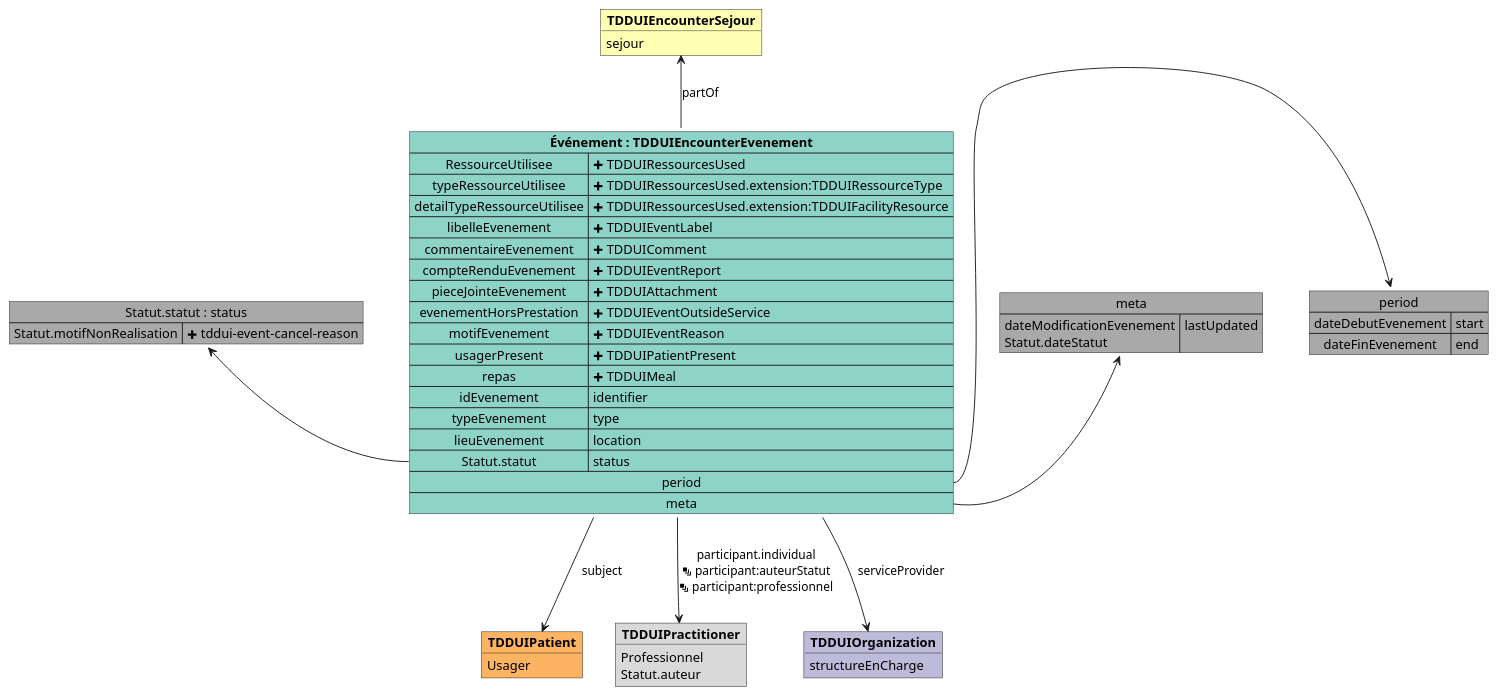
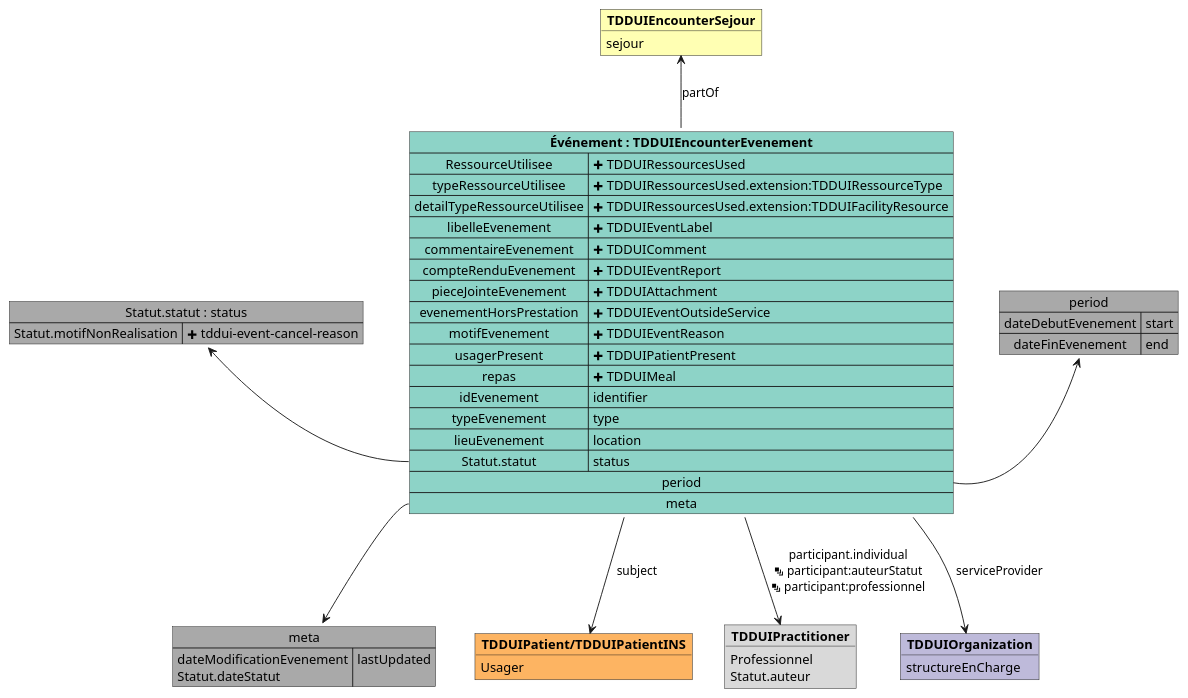
One commit to ansforge/IG-fhir-medicosocial-transfert-donnees-dui changed the diagram in input/images-source/mapping_TDDUIEncounterEvenement.plantuml. Above: the diagram before and after it, drawn with PlantUML. The commit also changed 74 other files, not shown here.

```diff
--- a/input/images-source/mapping_TDDUIEncounterEvenement.plantuml
+++ b/input/images-source/mapping_TDDUIEncounterEvenement.plantuml
@@ -1,60 +1,60 @@
 @startuml
 
 map "meta" as meta #DarkGray {
     dateModificationEvenement\nStatut.dateStatut => lastUpdated
 }
 
 map "Statut.statut : status" as Statutstatut #DarkGray {
     Statut.motifNonRealisation => <&plus> tddui-event-cancel-reason
 }
 
 map "period" as period #DarkGray {
     dateDebutEvenement => start
     dateFinEvenement => end
 }
 
-object "**TDDUIPatient**" as TDDUIPatient #fdb462 {
+object "**TDDUIPatient/TDDUIPatientINS**" as TDDUIPatient #fdb462 {
     Usager
 }
 
 object "**TDDUIPractitioner**" as TDDUIPractitioner #d9d9d9 {
     Professionnel
     Statut.auteur
 }
 
 object "**TDDUIOrganization**" as TDDUIOrganization #bebada {
     structureEnCharge
 }
 
 object "**TDDUIEncounterSejour**" as TDDUIEncounterSejour #ffffb3 {
     sejour
 }
 
 map "**Événement : TDDUIEncounterEvenement**" as Événement #8dd3c7 {
     RessourceUtilisee => <&plus> TDDUIRessourcesUsed
     typeRessourceUtilisee => <&plus> TDDUIRessourcesUsed.extension:TDDUIRessourceType
     detailTypeRessourceUtilisee => <&plus> TDDUIRessourcesUsed.extension:TDDUIMaterialDetail
     detailTypeRessourceUtilisee => <&plus> TDDUIRessourcesUsed.extension:TDDUIFacilityResource
     libelleEvenement => <&plus> TDDUIEventLabel
     commentaireEvenement => <&plus> TDDUIComment
     compteRenduEvenement => <&plus> TDDUIEventReport
     pieceJointeEvenement => <&plus> TDDUIAttachment
     evenementHorsPrestation => <&plus> TDDUIEventOutsideService
     motifEvenement => <&plus> TDDUIEventReason
     usagerPresent => <&plus> TDDUIPatientPresent
     repas => <&plus> TDDUIMeal
     idEvenement => identifier
     typeEvenement => type
     lieuEvenement => location
     Statut.statut => status    
     period *-> period
-    meta *-> meta
+    meta *--> meta
 }
 
 Événement::Statut.statut -l-> Statutstatut
 Événement --> TDDUIPatient : subject
 Événement --> TDDUIPractitioner : participant.individual\n<&layers> participant:auteurStatut\n<&layers> participant:professionnel
 Événement --> TDDUIOrganization : serviceProvider
 Événement -u-> TDDUIEncounterSejour : partOf
 
 @enduml
```
